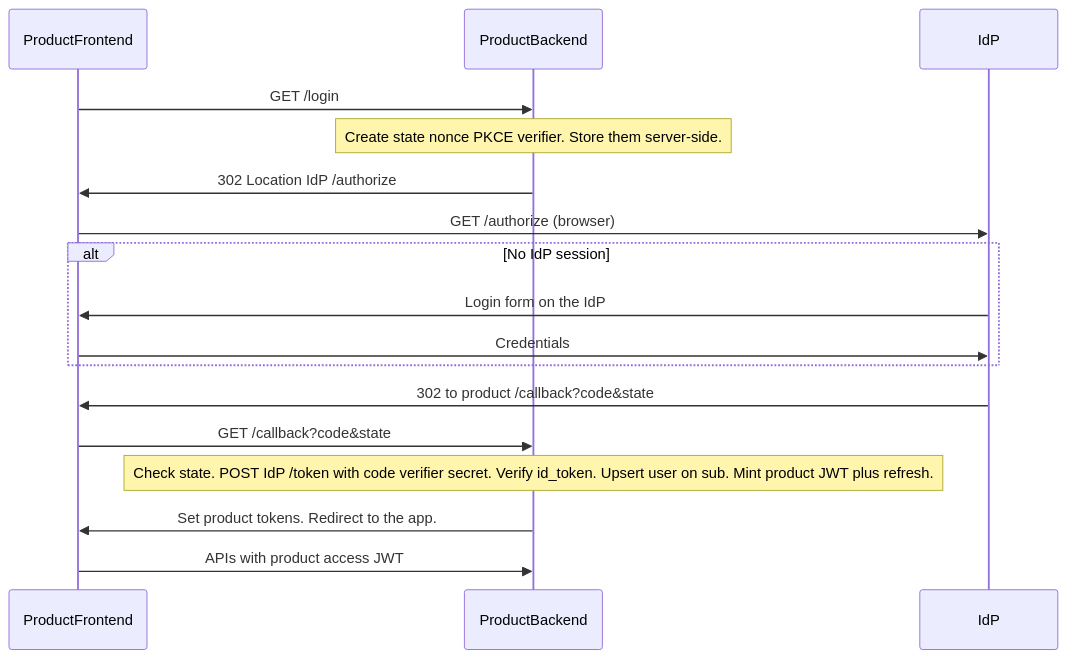
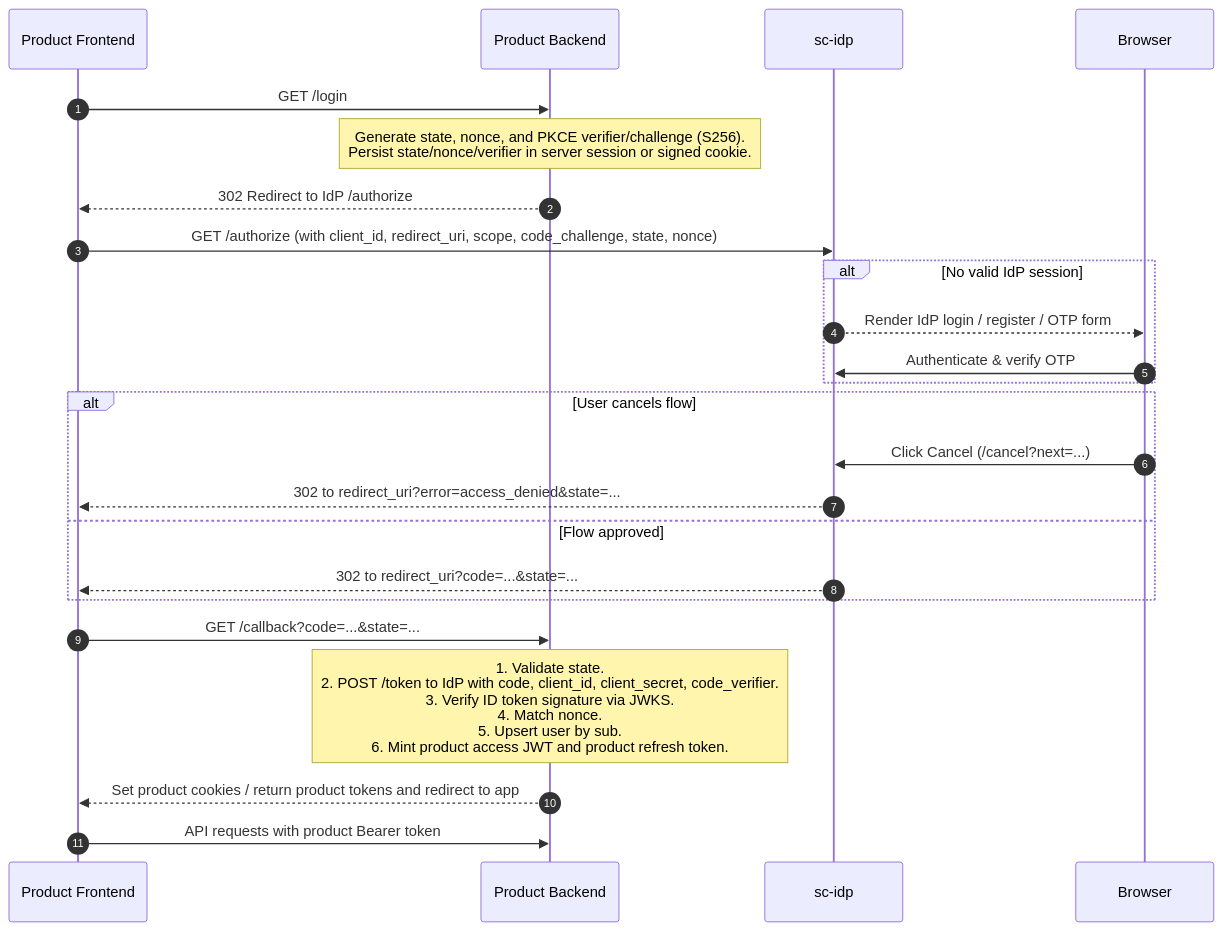
One commit to MahmoudMNael/sc-idp changed the diagram in docs/integrating-a-product.md. Above: the diagram before and after it, drawn with Mermaid. The commit also changed other lines of this file and 7 other files, not shown here.

First line of the commit message:
Enhance documentation for operations, security, admin guide, and user flows

````diff
--- a/docs/integrating-a-product.md
+++ b/docs/integrating-a-product.md
@@ -31,20 +31,27 @@
 ```mermaid
 sequenceDiagram
-  participant FE as ProductFrontend
-  participant BE as ProductBackend
-  participant IdP
+  autonumber
+  participant FE as Product Frontend
+  participant BE as Product Backend
+  participant IdP as sc-idp
+  participant User as Browser
 
   FE->>BE: GET /login
-  Note over BE: Create state nonce PKCE verifier. Store them server-side.
-  BE->>FE: 302 Location IdP /authorize
-  FE->>IdP: GET /authorize (browser)
-  alt No IdP session
-    IdP->>FE: Login form on the IdP
-    FE->>IdP: Credentials
+  Note over BE: Generate state, nonce, and PKCE verifier/challenge (S256).<br/>Persist state/nonce/verifier in server session or signed cookie.
+  BE-->>FE: 302 Redirect to IdP /authorize
+  FE->>IdP: GET /authorize (with client_id, redirect_uri, scope, code_challenge, state, nonce)
+  alt No valid IdP session
+    IdP-->>User: Render IdP login / register / OTP form
+    User->>IdP: Authenticate & verify OTP
   end
-  IdP->>FE: 302 to product /callback?code&state
-  FE->>BE: GET /callback?code&state
-  Note over BE: Check state. POST IdP /token with code verifier secret. Verify id_token. Upsert user on sub. Mint product JWT plus refresh.
-  BE->>FE: Set product tokens. Redirect to the app.
-  FE->>BE: APIs with product access JWT
+  alt User cancels flow
+    User->>IdP: Click Cancel (/cancel?next=...)
+    IdP-->>FE: 302 to redirect_uri?error=access_denied&state=...
+  else Flow approved
+    IdP-->>FE: 302 to redirect_uri?code=...&state=...
+  end
+  FE->>BE: GET /callback?code=...&state=...
+  Note over BE: 1. Validate state.<br/>2. POST /token to IdP with code, client_id, client_secret, code_verifier.<br/>3. Verify ID token signature via JWKS.<br/>4. Match nonce.<br/>5. Upsert user by sub.<br/>6. Mint product access JWT and product refresh token.
+  BE-->>FE: Set product cookies / return product tokens and redirect to app
+  FE->>BE: API requests with product Bearer token
 ```
````
